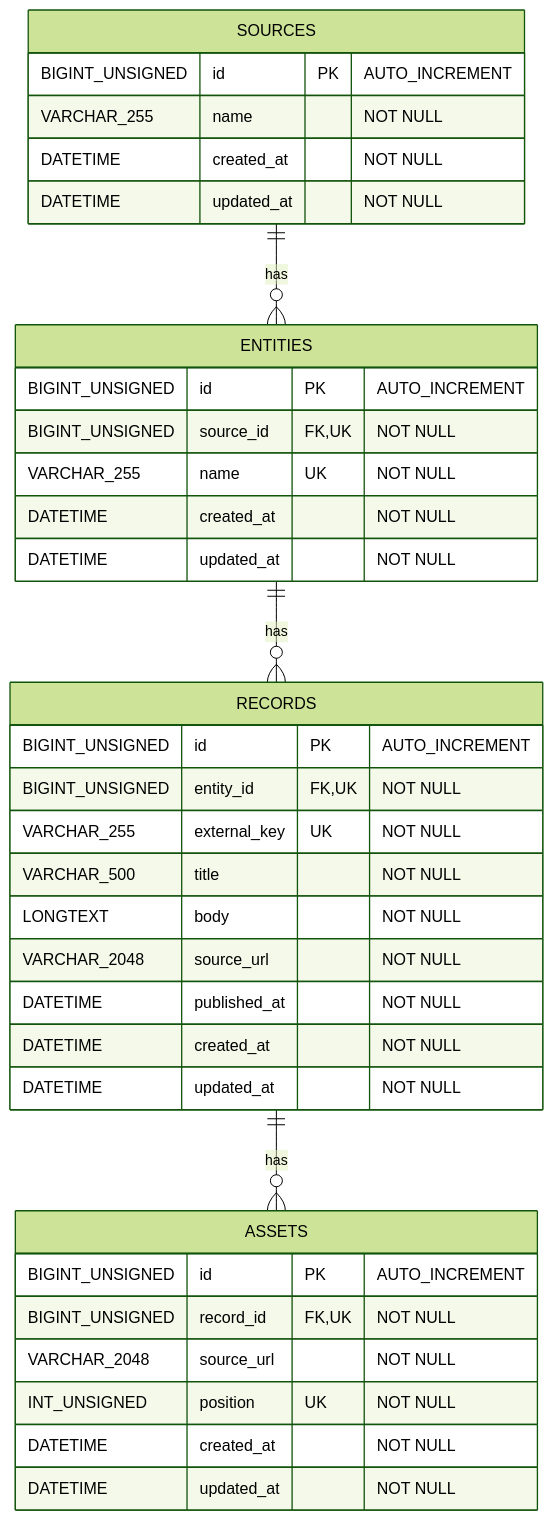
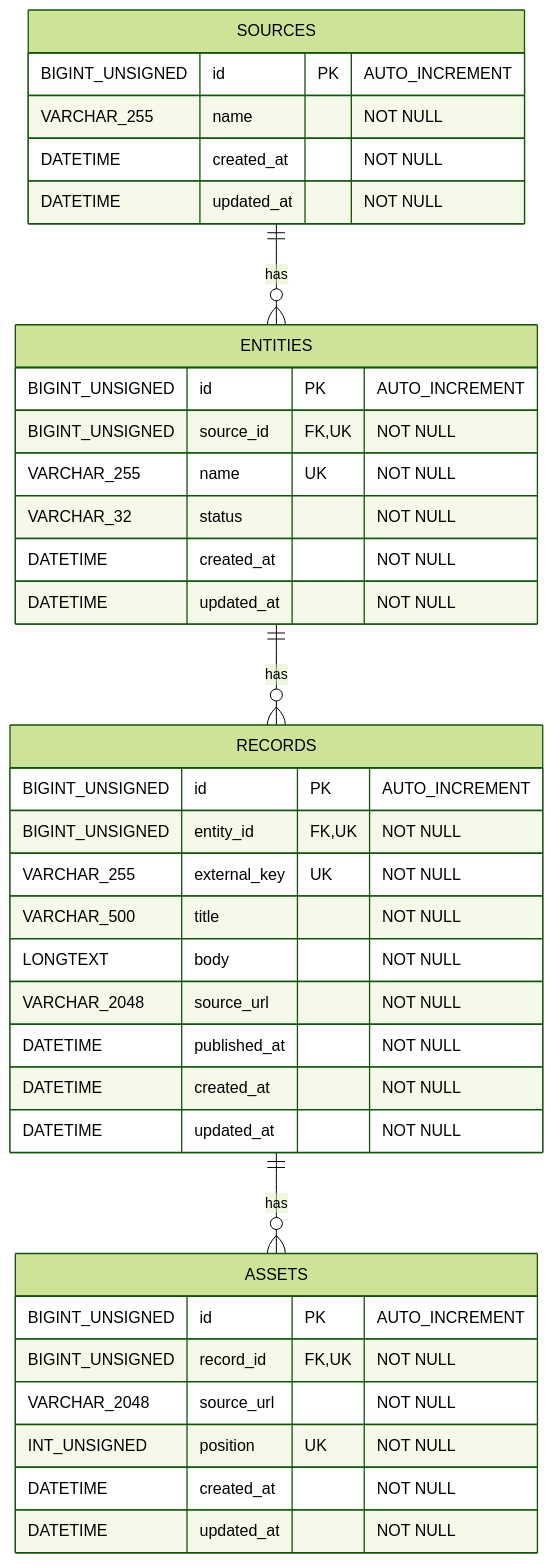
The diagram in docs/db/er-diagram.md (kishimin/slope-collector), drawn with Mermaid (forest theme) before and after one commit. The commit also changed other lines of this file, not shown here.

Commit message:
docs: restore entity status

````diff
--- a/docs/db/er-diagram.md
+++ b/docs/db/er-diagram.md
@@ -3,42 +3,43 @@
 ```mermaid
 erDiagram
     SOURCES ||--o{ ENTITIES : has
     ENTITIES ||--o{ RECORDS : has
     RECORDS ||--o{ ASSETS : has
 
     SOURCES {
         BIGINT_UNSIGNED id PK "AUTO_INCREMENT"
         VARCHAR_255 name "NOT NULL"
         DATETIME created_at "NOT NULL"
         DATETIME updated_at "NOT NULL"
     }
 
     ENTITIES {
         BIGINT_UNSIGNED id PK "AUTO_INCREMENT"
         BIGINT_UNSIGNED source_id FK,UK "NOT NULL"
         VARCHAR_255 name UK "NOT NULL"
+        VARCHAR_32 status "NOT NULL"
         DATETIME created_at "NOT NULL"
         DATETIME updated_at "NOT NULL"
     }
 
     RECORDS {
         BIGINT_UNSIGNED id PK "AUTO_INCREMENT"
         BIGINT_UNSIGNED entity_id FK,UK "NOT NULL"
         VARCHAR_255 external_key UK "NOT NULL"
         VARCHAR_500 title "NOT NULL"
         LONGTEXT body "NOT NULL"
         VARCHAR_2048 source_url "NOT NULL"
         DATETIME published_at "NOT NULL"
         DATETIME created_at "NOT NULL"
         DATETIME updated_at "NOT NULL"
     }
 
     ASSETS {
         BIGINT_UNSIGNED id PK "AUTO_INCREMENT"
         BIGINT_UNSIGNED record_id FK,UK "NOT NULL"
         VARCHAR_2048 source_url "NOT NULL"
         INT_UNSIGNED position UK "NOT NULL"
         DATETIME created_at "NOT NULL"
         DATETIME updated_at "NOT NULL"
     }
 ```
````
